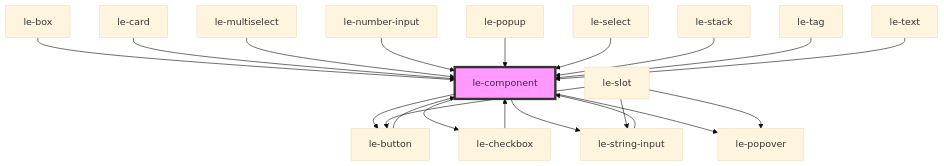
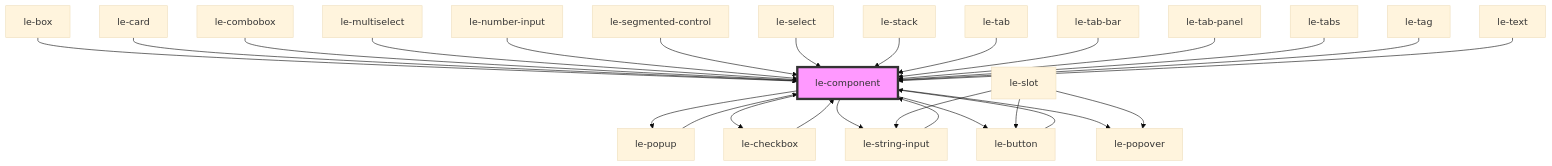
One commit to leechy/le-kit changed the diagram in src/components/le-component/readme.md. Above: the diagram before and after it, drawn with Mermaid (base theme). The commit also changed other lines of this file and 29 other files, not shown here.

````diff
--- a/src/components/le-component/readme.md
+++ b/src/components/le-component/readme.md
@@ -74,23 +81,30 @@
 ```mermaid
 graph TD;
   le-component --> le-button
   le-component --> le-checkbox
   le-component --> le-string-input
   le-component --> le-popover
+  le-component --> le-popup
   le-button --> le-component
   le-slot --> le-popover
   le-slot --> le-button
   le-slot --> le-string-input
   le-string-input --> le-component
   le-checkbox --> le-component
+  le-popup --> le-component
   le-box --> le-component
   le-card --> le-component
+  le-combobox --> le-component
   le-multiselect --> le-component
   le-number-input --> le-component
-  le-popup --> le-component
+  le-segmented-control --> le-component
   le-select --> le-component
   le-stack --> le-component
+  le-tab --> le-component
+  le-tab-bar --> le-component
+  le-tab-panel --> le-component
+  le-tabs --> le-component
   le-tag --> le-component
   le-text --> le-component
   style le-component fill:#f9f,stroke:#333,stroke-width:4px
 ```
````
